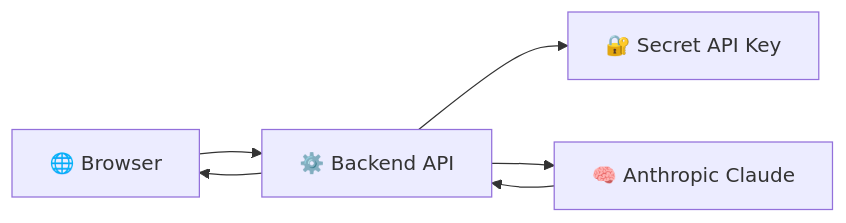
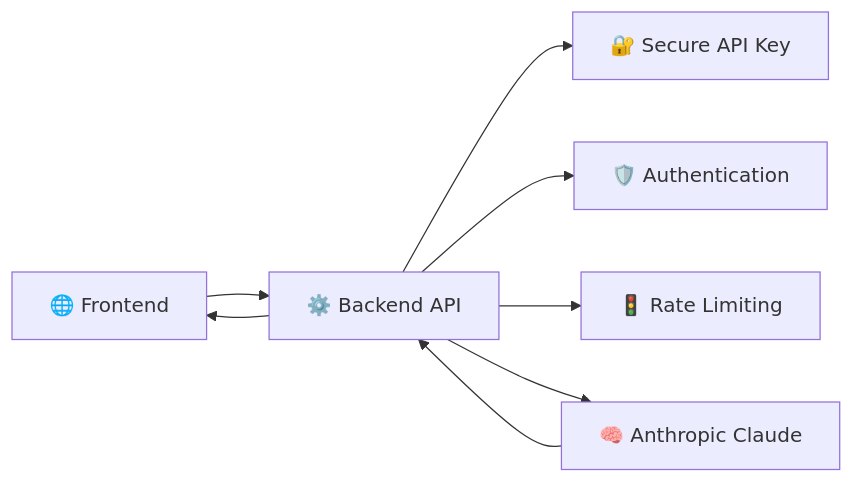
The fourth of 4 diagrams in README.md (AravindInish/Nalathita-Nanban-AI), drawn with Mermaid before and after one commit. The commit also changed other lines of this file, not shown here.

````diff
--- a/README.md
+++ b/README.md
@@ -542,9 +479,14 @@
 ```mermaid
 flowchart LR
 
-    A["🌐 Browser"] --> B["⚙️ Backend API"]
-    B --> C["🔐 Secret API Key"]
-    B --> D["🧠 Anthropic Claude"]
-    D --> B
+    A["🌐 Frontend"] --> B["⚙️ Backend API"]
+
+    B --> C["🔐 Secure API Key"]
+    B --> D["🛡️ Authentication"]
+    B --> E["🚦 Rate Limiting"]
+
+    B --> F["🧠 Anthropic Claude"]
+
+    F --> B
     B --> A
 ```
````
